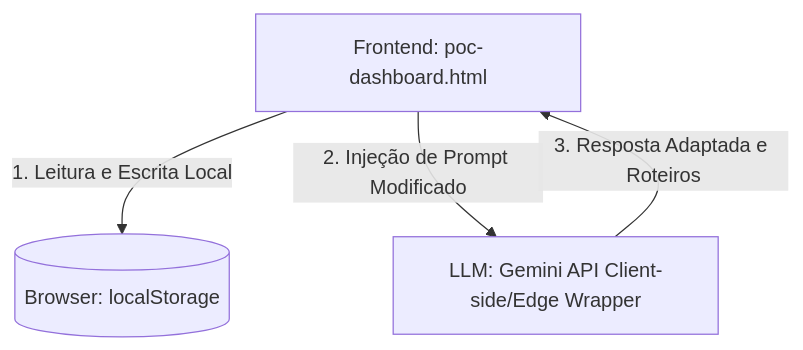
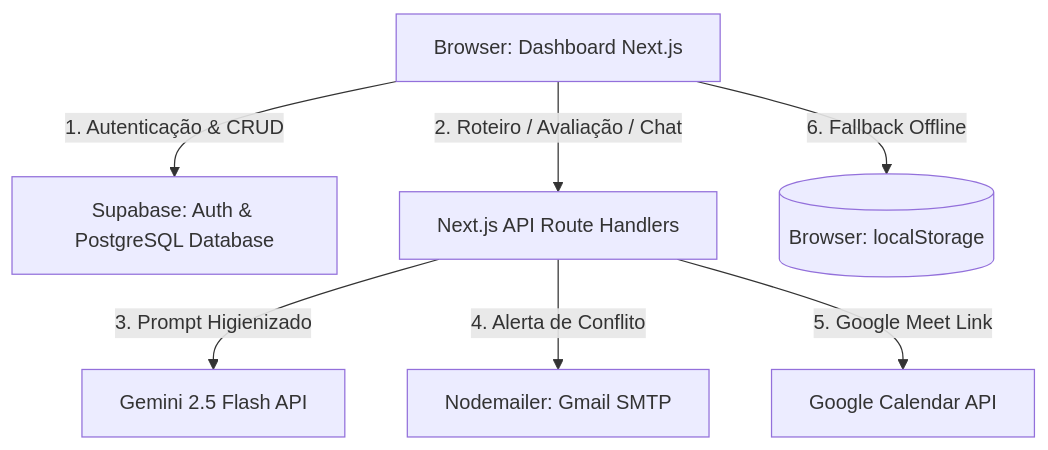
One commit to pierresouza/SyncHR changed the diagram in PROJECT-GUIDE.md. Above: the diagram before and after it, drawn with Mermaid. The commit also changed other lines of this file, not shown here.

Commit message:
docs: update architecture blueprint to reflect migration from static PoC to Next.js 14 and Supabase stack

````diff
--- a/PROJECT-GUIDE.md
+++ b/PROJECT-GUIDE.md
@@ -59,7 +100,9 @@
 ```mermaid
 graph TD
-    A[Frontend: poc-dashboard.html] -->|1. Leitura e Escrita Local| B[(Browser: localStorage)]
-    A -->|2. Injeção de Prompt Modificado| C[LLM: Gemini API Client-side/Edge Wrapper]
-    
-    C -->|3. Resposta Adaptada e Roteiros| A
+    A[Browser: Dashboard Next.js] -->|1. Autenticação & CRUD| B[Supabase: Auth & PostgreSQL Database]
+    A -->|2. Roteiro / Avaliação / Chat| C[Next.js API Route Handlers]
+    C -->|3. Prompt Higienizado| D[Gemini 2.5 Flash API]
+    C -->|4. Alerta de Conflito| E[Nodemailer: Gmail SMTP]
+    C -->|5. Google Meet Link| F[Google Calendar API]
+    A -->|6. Fallback Offline| G[(Browser: localStorage)]
 ```
````
